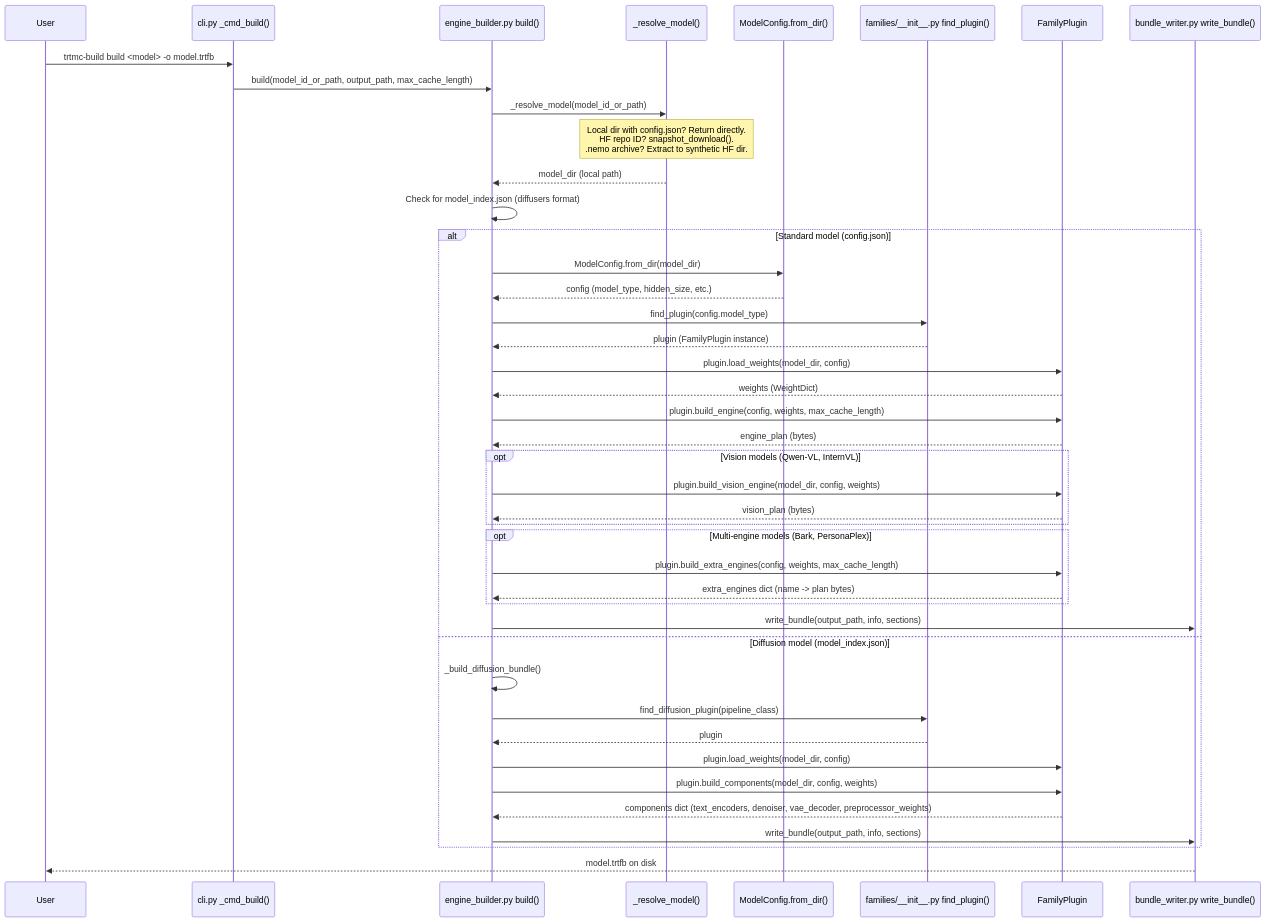
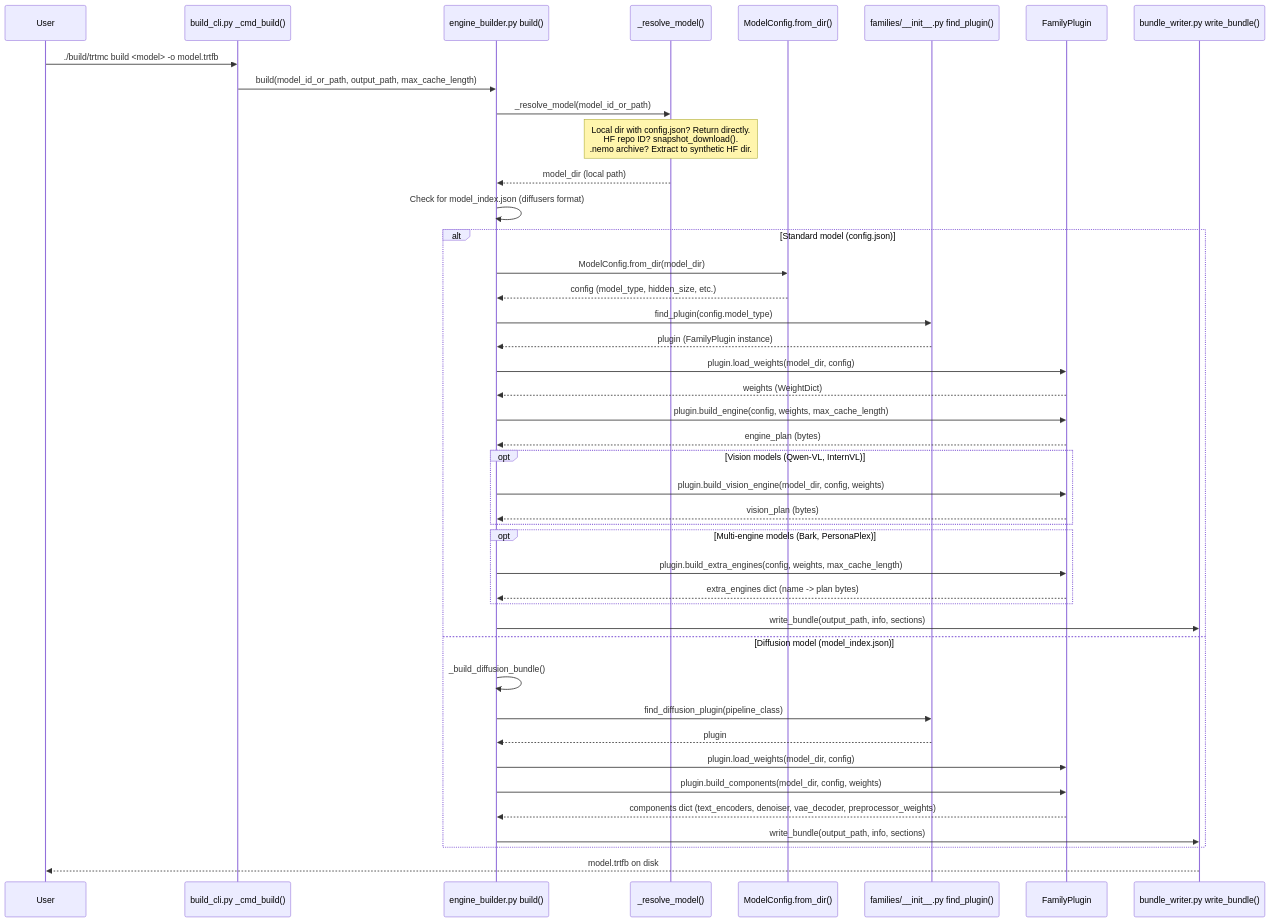
One commit to AbishekCoder1/TensorRT-Model-Connect changed the first of 8 diagrams in website/docs/wiki/Dynamic-Design.md. Above: the diagram before and after it, drawn with Mermaid. The commit also changed other lines of this file and 200 other files, not shown here.

First line of the commit message:
feat(cli): package unified trtmc command (#97)

````diff
--- a/website/docs/wiki/Dynamic-Design.md
+++ b/website/docs/wiki/Dynamic-Design.md
@@ -27,46 +27,46 @@
 ```mermaid
 sequenceDiagram
     participant User
-    participant CLI as cli.py _cmd_build()
+    participant CLI as build_cli.py _cmd_build()
     participant EB as engine_builder.py build()
     participant Resolve as _resolve_model()
     participant Config as ModelConfig.from_dir()
     participant Families as families/__init__.py find_plugin()
     participant Plugin as FamilyPlugin
     participant Writer as bundle_writer.py write_bundle()
 
-    User->>CLI: trtmc-build build <model> -o model.trtfb
+    User->>CLI: ./build/trtmc build <model> -o model.trtfb
     CLI->>EB: build(model_id_or_path, output_path, max_cache_length)
     EB->>Resolve: _resolve_model(model_id_or_path)
     Note over Resolve: Local dir with config.json? Return directly.<br/>HF repo ID? snapshot_download().<br/>.nemo archive? Extract to synthetic HF dir.
     Resolve-->>EB: model_dir (local path)
     EB->>EB: Check for model_index.json (diffusers format)
     alt Standard model (config.json)
         EB->>Config: ModelConfig.from_dir(model_dir)
         Config-->>EB: config (model_type, hidden_size, etc.)
         EB->>Families: find_plugin(config.model_type)
         Families-->>EB: plugin (FamilyPlugin instance)
         EB->>Plugin: plugin.load_weights(model_dir, config)
         Plugin-->>EB: weights (WeightDict)
         EB->>Plugin: plugin.build_engine(config, weights, max_cache_length)
         Plugin-->>EB: engine_plan (bytes)
         opt Vision models (Qwen-VL, InternVL)
             EB->>Plugin: plugin.build_vision_engine(model_dir, config, weights)
             Plugin-->>EB: vision_plan (bytes)
         end
         opt Multi-engine models (Bark, PersonaPlex)
             EB->>Plugin: plugin.build_extra_engines(config, weights, max_cache_length)
             Plugin-->>EB: extra_engines dict (name -> plan bytes)
         end
         EB->>Writer: write_bundle(output_path, info, sections)
     else Diffusion model (model_index.json)
         EB->>EB: _build_diffusion_bundle()
         EB->>Families: find_diffusion_plugin(pipeline_class)
         Families-->>EB: plugin
         EB->>Plugin: plugin.load_weights(model_dir, config)
         EB->>Plugin: plugin.build_components(model_dir, config, weights)
         Plugin-->>EB: components dict (text_encoders, denoiser, vae_decoder, preprocessor_weights)
         EB->>Writer: write_bundle(output_path, info, sections)
     end
     Writer-->>User: model.trtfb on disk
 ```
````
